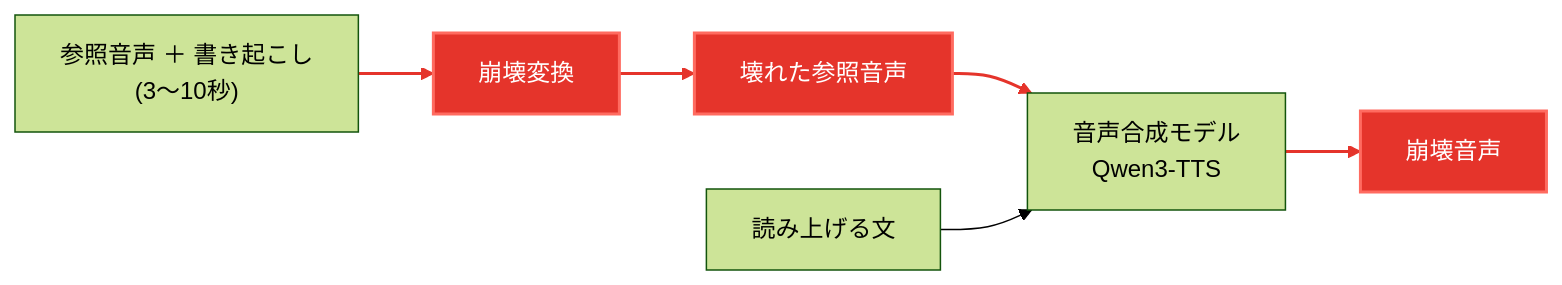
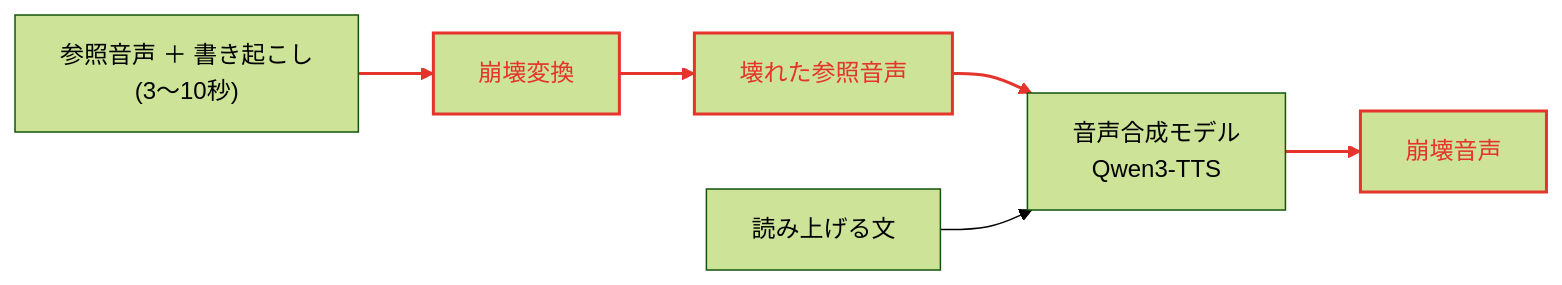
The second of 2 diagrams in README.md (mossan-hoshi/happy-collapse-maker), drawn with Mermaid (forest theme) before and after one commit. The commit also changed other lines of this file and 1 other file, not shown here.

Commit message:
docs: 図の説明文を削り、赤は枠線だけにする / ロゴ画像をやめて見出しで説明

````diff
--- a/README.md
+++ b/README.md
@@ -42,14 +37,15 @@
 ```mermaid
 flowchart LR
   C1["参照音声 ＋ 書き起こし<br/>(3〜10秒)"] --> CX["崩壊変換"]
   CX --> CB["壊れた参照音声"]
   CB --> CM["音声合成モデル<br/>Qwen3-TTS"]
   C2["読み上げる文"] --> CM
   CM --> CO["崩壊音声"]
 
   %% エッジ番号は宣言順の 0 起点。崩壊経路だけを赤にする。
   %% 3 は「読み上げる文 → モデル」で、通常と同じ扱いなので赤にしない。
-  classDef broken fill:#e5342b,stroke:#ff6b60,stroke-width:2px,color:#fff
+  %% **塗りつぶさない。**暗背景でも明背景でも読めるよう、枠線と文字色だけを赤にする。
+  classDef broken stroke:#e5342b,stroke-width:2px,color:#e5342b
   class CX,CB,CO broken
   linkStyle 0,1,2,4 stroke:#e5342b,stroke-width:2px
 ```
````
